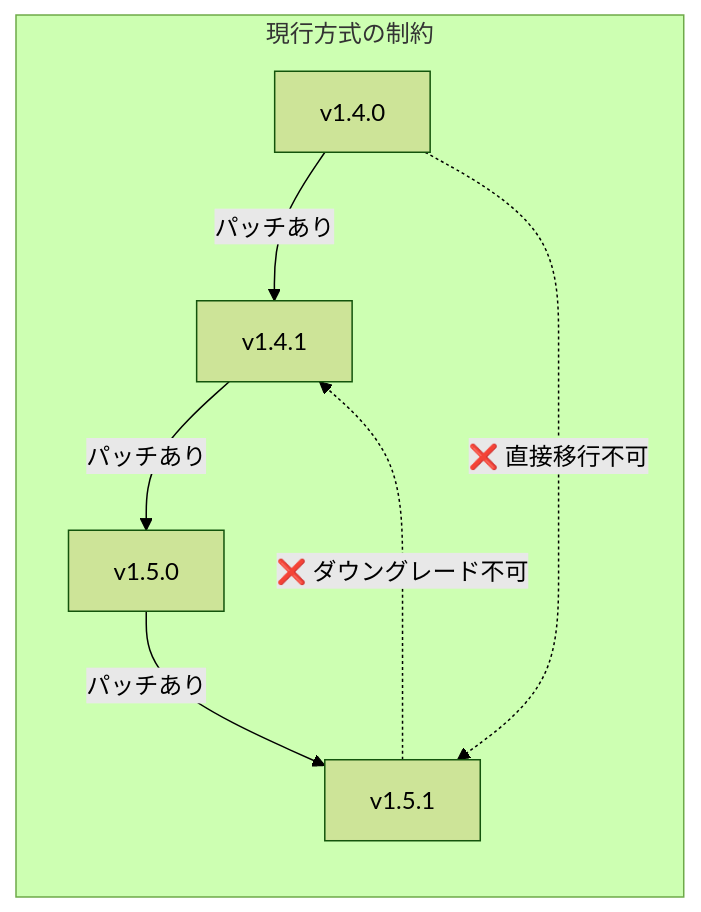
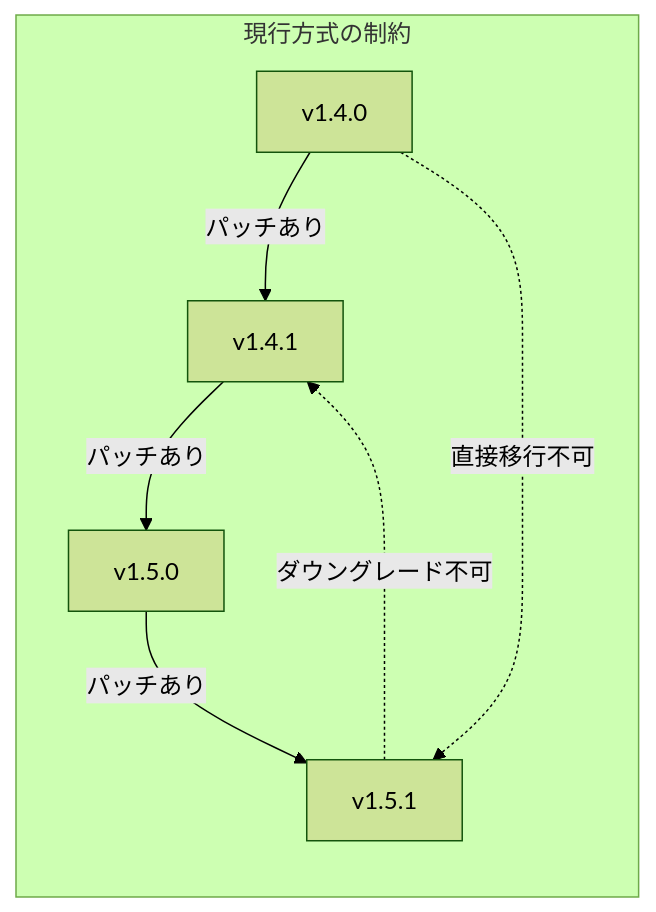
The third of 9 diagrams in docs/research/05-基盤・ツール/005-CodeDefiner-Parameterマージ.md (vehiclevisionjp/VehicleVision.Pleasanter.ResearchDocuments), drawn with Mermaid (forest theme) before and after one commit. The commit also changed other lines of this file and 15 other files, not shown here.

````diff
--- a/docs/research/05-基盤・ツール/005-CodeDefiner-Parameterマージ.md
+++ b/docs/research/05-基盤・ツール/005-CodeDefiner-Parameterマージ.md
@@ -307,10 +307,10 @@
 ```mermaid
 flowchart LR
     subgraph current["現行方式の制約"]
         A["v1.4.0"] -->|"パッチあり"| B["v1.4.1"]
         B -->|"パッチあり"| C["v1.5.0"]
         C -->|"パッチあり"| D["v1.5.1"]
-        A -.->|"❌ 直接移行不可"| D
-        D -.->|"❌ ダウングレード不可"| B
+        A -.->|"直接移行不可"| D
+        D -.->|"ダウングレード不可"| B
     end
 ```
````
